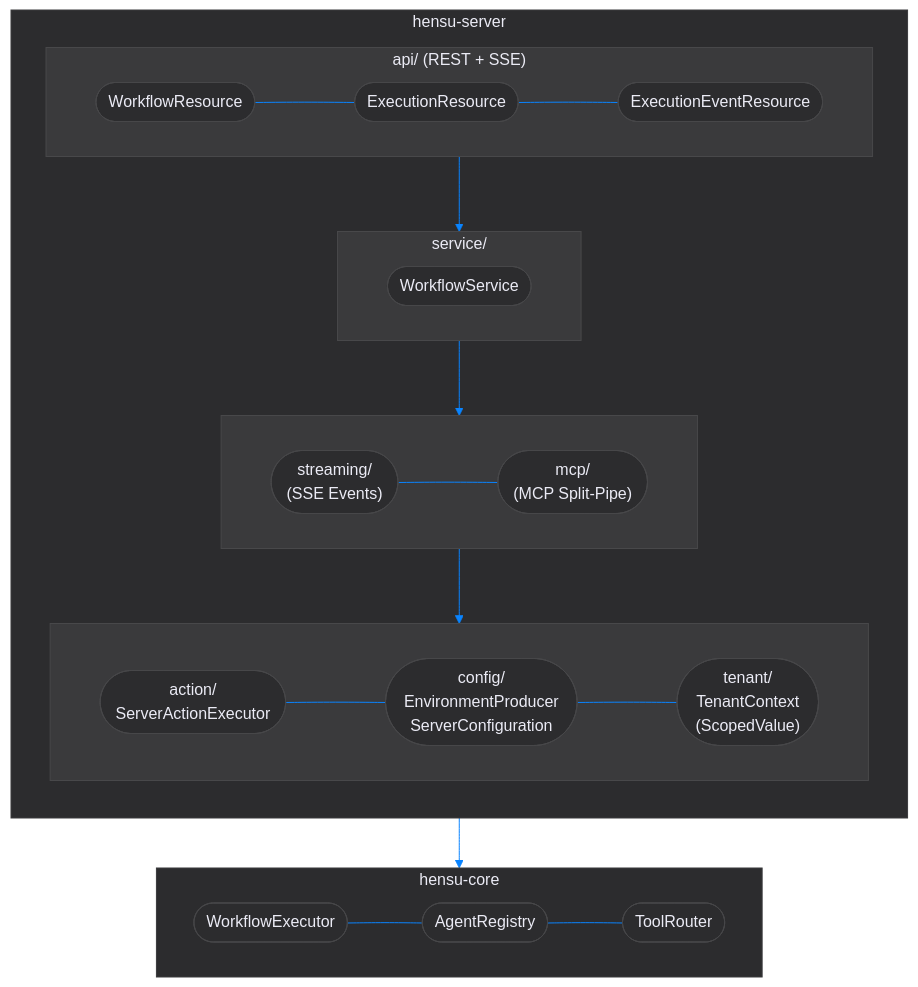
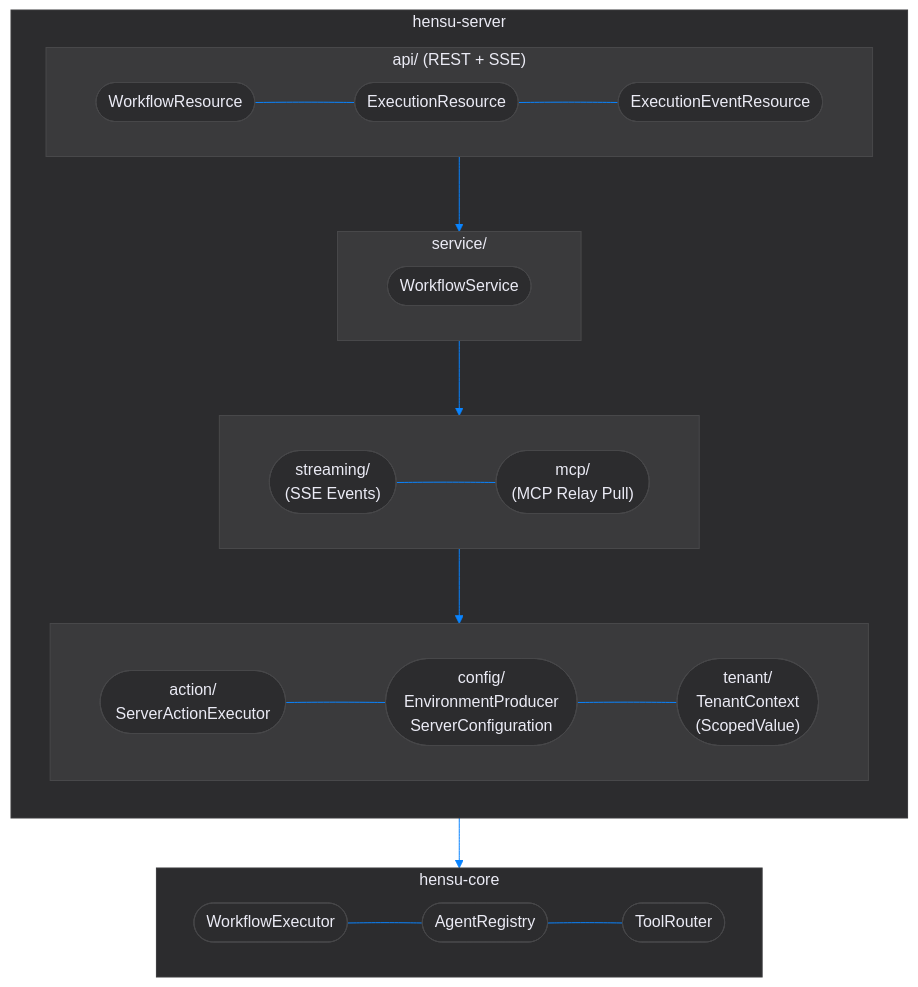
One commit to hensu-project/hensu changed the first of 2 diagrams in docs/developer-guide-server.md. Above: the diagram before and after it, drawn with Mermaid. The commit also changed other lines of this file and 224 other files, not shown here.

````diff
--- a/docs/developer-guide-server.md
+++ b/docs/developer-guide-server.md
@@ -34,56 +35,56 @@
 ```mermaid
 flowchart TD
     subgraph server["hensu-server"]
         direction TB
         subgraph api["api/ (REST + SSE)"]
             direction LR
             wr(["WorkflowResource"]) ~~~ er(["ExecutionResource"]) ~~~ eer(["ExecutionEventResource"])
         end
 
         subgraph svc["service/"]
             direction LR
             ws(["WorkflowService"])
         end
 
         subgraph mid["‍"]
             direction LR
-            streaming(["streaming/\n(SSE Events)"]) ~~~ mcp(["mcp/\n(MCP Split-Pipe)"])
+            streaming(["streaming/\n(SSE Events)"]) ~~~ mcp(["mcp/\n(MCP Relay Pull)"])
         end
 
         subgraph infra["‍"]
             direction LR
             action(["action/\nServerActionExecutor"]) ~~~ config(["config/\nEnvironmentProducer\nServerConfiguration"]) ~~~ tenant(["tenant/\nTenantContext\n(ScopedValue)"])
         end
 
         api --> svc --> mid --> infra
     end
 
     subgraph core["hensu-core"]
         direction LR
         we(["WorkflowExecutor"]) ~~~ ar(["AgentRegistry"]) ~~~ tr(["ToolRouter"])
     end
 
     server --> core
 
     style server fill:#2c2c2e, stroke:#3a3a3c, color:#ebebf5, stroke-width:1px
     style api fill:#3a3a3c, stroke:#48484a, color:#ebebf5, stroke-width:1px
     style svc fill:#3a3a3c, stroke:#48484a, color:#ebebf5, stroke-width:1px
     style mid fill:#3a3a3c, stroke:#48484a, color:#ebebf5, stroke-width:1px
     style infra fill:#3a3a3c, stroke:#48484a, color:#ebebf5, stroke-width:1px
     style core fill:#2c2c2e, stroke:#3a3a3c, color:#ebebf5, stroke-width:1px
 
     style wr fill:#2c2c2e, stroke:#48484a, color:#ebebf5, stroke-width:1px
     style er fill:#2c2c2e, stroke:#48484a, color:#ebebf5, stroke-width:1px
     style eer fill:#2c2c2e, stroke:#48484a, color:#ebebf5, stroke-width:1px
     style ws fill:#2c2c2e, stroke:#48484a, color:#ebebf5, stroke-width:1px
     style streaming fill:#2c2c2e, stroke:#48484a, color:#ebebf5, stroke-width:1px
     style mcp fill:#2c2c2e, stroke:#48484a, color:#ebebf5, stroke-width:1px
     style action fill:#2c2c2e, stroke:#48484a, color:#ebebf5, stroke-width:1px
     style config fill:#2c2c2e, stroke:#48484a, color:#ebebf5, stroke-width:1px
     style tenant fill:#2c2c2e, stroke:#48484a, color:#ebebf5, stroke-width:1px
     style we fill:#2c2c2e, stroke:#48484a, color:#ebebf5, stroke-width:1px
     style ar fill:#2c2c2e, stroke:#48484a, color:#ebebf5, stroke-width:1px
     style tr fill:#2c2c2e, stroke:#48484a, color:#ebebf5, stroke-width:1px
 
     linkStyle default stroke:#0A84FF, stroke-width:1px
 ```
````
